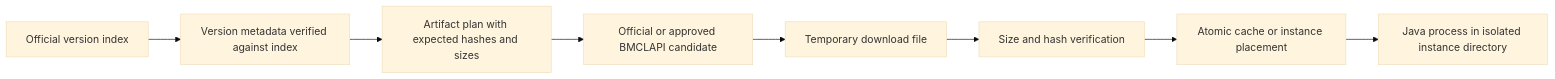
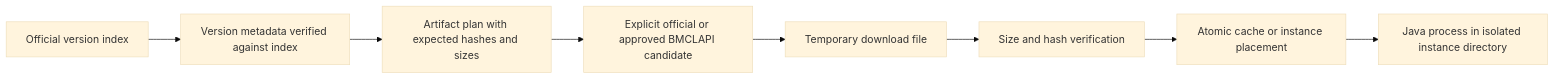
One commit to Hgit-1/MFMCL changed the diagram in docs/ARCHITECTURE.md. Above: the diagram before and after it, drawn with Mermaid (base theme). The commit also changed other lines of this file and 64 other files, not shown here.

````diff
--- a/docs/ARCHITECTURE.md
+++ b/docs/ARCHITECTURE.md
@@ -13,10 +14,10 @@
 ```mermaid
 flowchart LR
   OfficialIndex[Official version index] --> VerifiedMetadata[Version metadata verified against index]
   VerifiedMetadata --> ArtifactPlan[Artifact plan with expected hashes and sizes]
-  ArtifactPlan --> SourceAdapter[Official or approved BMCLAPI candidate]
+  ArtifactPlan --> SourceAdapter[Explicit official or approved BMCLAPI candidate]
   SourceAdapter --> TemporaryFile[Temporary download file]
   TemporaryFile --> IntegrityCheck[Size and hash verification]
   IntegrityCheck --> AtomicInstall[Atomic cache or instance placement]
   AtomicInstall --> JavaProcess[Java process in isolated instance directory]
 ```
````
